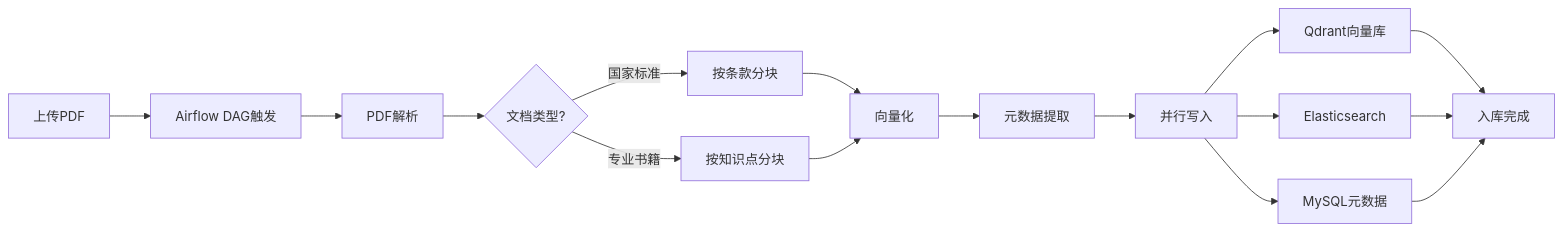
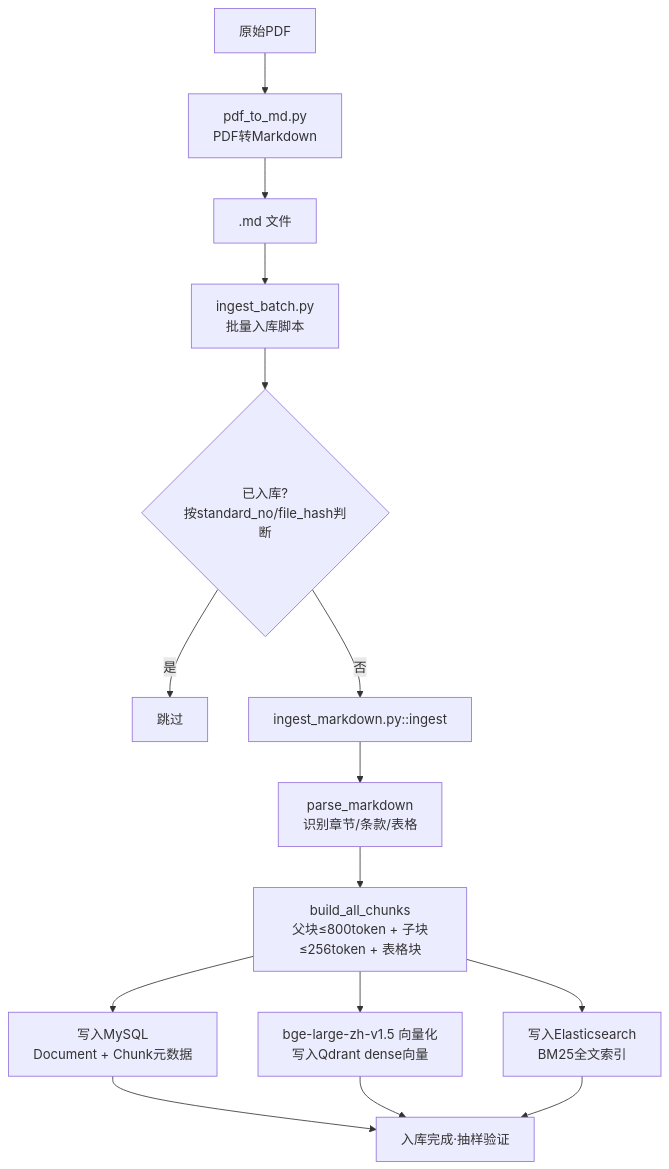
Before and after one commit to JohnnyNg10/eletric_rag: the fourth of 8 diagrams in docs/architecture/flows/16-业务流程图.md, drawn with Mermaid. The commit also changed other lines of this file and 44 other files, not shown here.

````diff
--- a/docs/architecture/flows/16-业务流程图.md
+++ b/docs/architecture/flows/16-业务流程图.md
@@ -119,18 +130,17 @@
 ```mermaid
-graph LR
-    A[上传PDF] --> B[Airflow DAG触发]
-    B --> C[PDF解析]
-    C --> D{文档类型?}
-    D -->|国家标准| E[按条款分块]
-    D -->|专业书籍| F[按知识点分块]
-    E --> G[向量化]
-    F --> G
-    G --> H[元数据提取]
-    H --> I[并行写入]
-    I --> J[Qdrant向量库]
-    I --> K[Elasticsearch]
-    I --> L[MySQL元数据]
-    J --> M[入库完成]
+graph TD
+    A[原始PDF] --> B[pdf_to_md.py<br/>PDF转Markdown]
+    B --> C[.md 文件]
+    C --> D[ingest_batch.py<br/>批量入库脚本]
+    D --> E{已入库?<br/>按standard_no/file_hash判断}
+    E -->|是| F[跳过]
+    E -->|否| G[ingest_markdown.py::ingest]
+    G --> H[parse_markdown<br/>识别章节/条款/表格]
+    H --> I[build_all_chunks<br/>父块≤800token + 子块≤256token + 表格块]
+    I --> J[写入MySQL<br/>Document + Chunk元数据]
+    I --> K[bge-large-zh-v1.5 向量化<br/>写入Qdrant dense向量]
+    I --> L[写入Elasticsearch<br/>BM25全文索引]
+    J --> M[入库完成·抽样验证]
     K --> M
     L --> M
 ```
````
